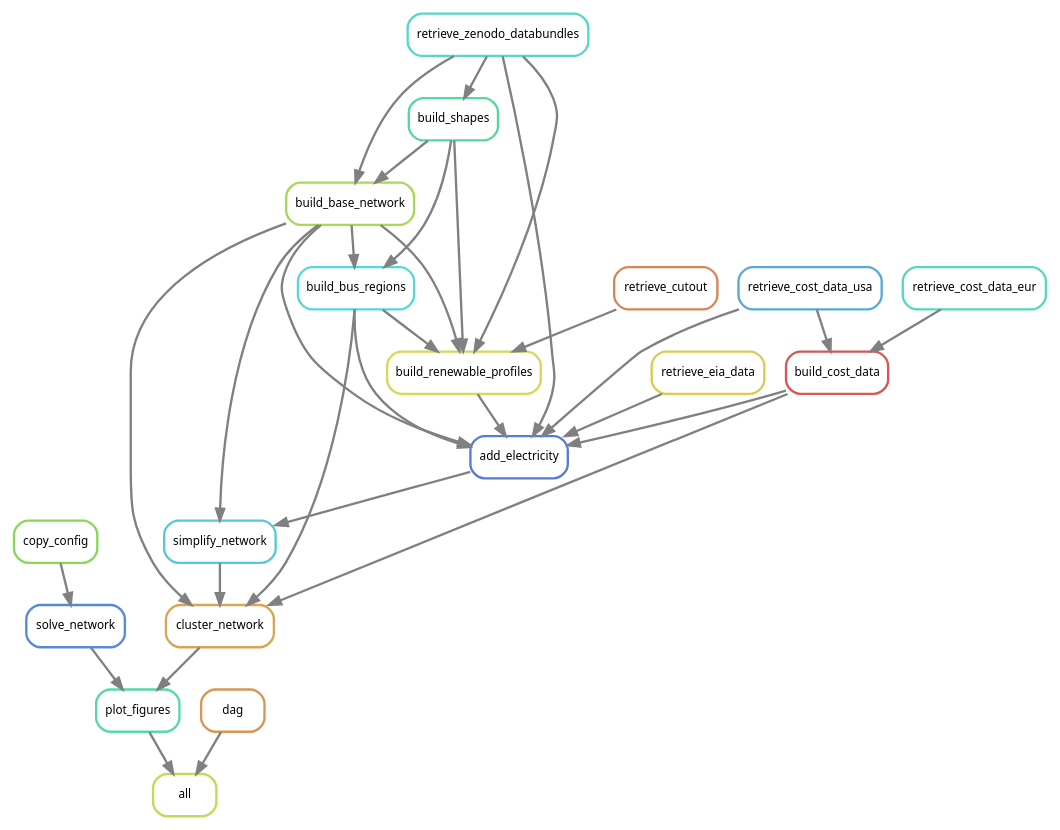
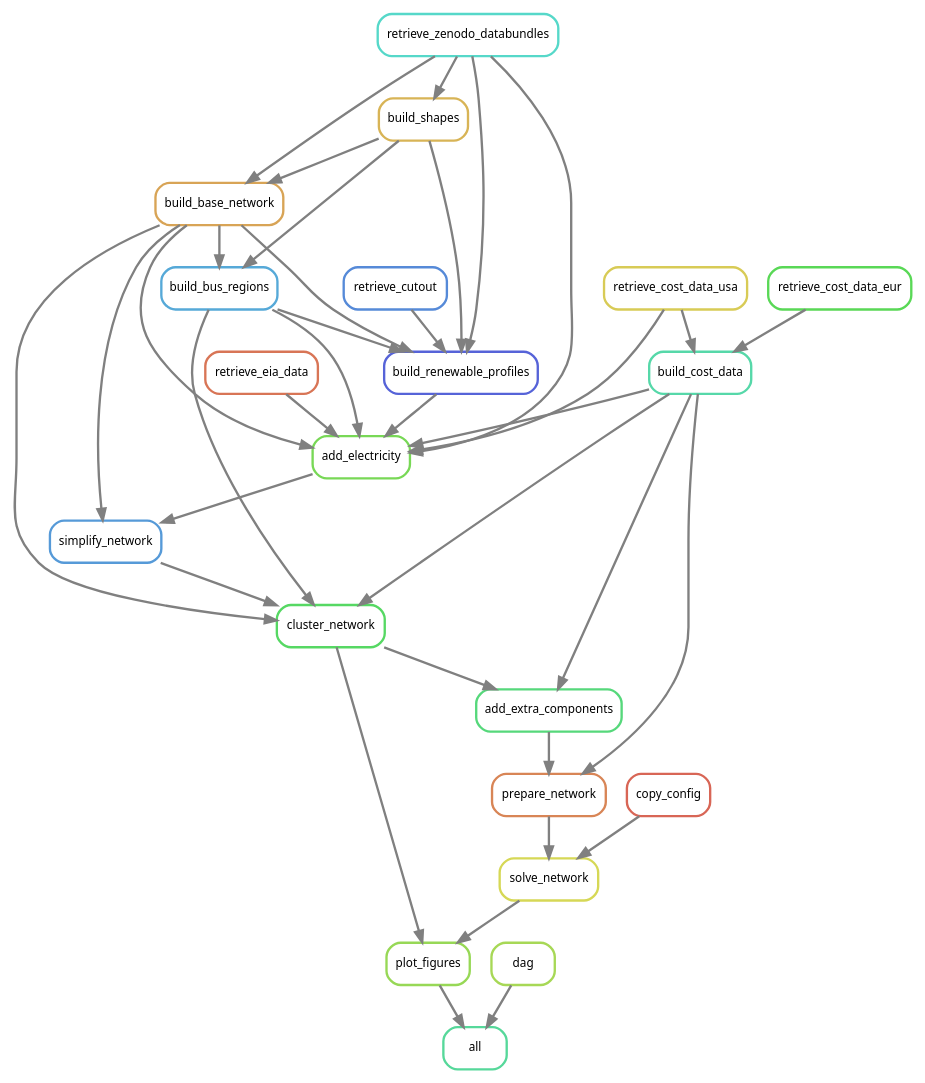
One commit to PyPSA/pypsa-usa changed the diagram in workflow/repo_data/dag.dot. Above: the diagram before and after it, drawn with Graphviz. The commit also changed 17 other files, not shown here.

Commit message:
Changes naming of floating osw. Fixes to gebco dataset to track water depth exclusions for fixed vs floating osw. updates retrievedata for gebco data. Changes the manual modify_network_osw.py to remove unnecc components.

```diff
--- a/workflow/repo_data/dag.dot
+++ b/workflow/repo_data/dag.dot
@@ -1,53 +1,60 @@
 digraph snakemake_dag {
     graph[bgcolor=white, margin=0];
     node[shape=box, style=rounded, fontname=sans,                 fontsize=10, penwidth=2];
     edge[penwidth=2, color=grey];
-	0[label = "all", color = "0.19 0.6 0.85", style="rounded"];
-	1[label = "plot_figures", color = "0.44 0.6 0.85", style="rounded"];
-	2[label = "solve_network", color = "0.60 0.6 0.85", style="rounded"];
-	3[label = "cluster_network", color = "0.10 0.6 0.85", style="rounded"];
-	4[label = "simplify_network", color = "0.52 0.6 0.85", style="rounded"];
-	5[label = "build_base_network", color = "0.23 0.6 0.85", style="rounded"];
-	6[label = "retrieve_zenodo_databundles", color = "0.48 0.6 0.85", style="rounded"];
-	7[label = "build_shapes", color = "0.42 0.6 0.85", style="rounded"];
-	8[label = "add_electricity", color = "0.62 0.6 0.85", style="rounded"];
-	9[label = "build_renewable_profiles", color = "0.17 0.6 0.85", style="rounded"];
-	10[label = "build_bus_regions", color = "0.50 0.6 0.85", style="rounded"];
-	11[label = "retrieve_cutout", color = "0.06 0.6 0.85", style="rounded"];
-	12[label = "build_cost_data", color = "0.00 0.6 0.85", style="rounded"];
-	13[label = "retrieve_cost_data_usa", color = "0.56 0.6 0.85", style="rounded"];
-	14[label = "retrieve_cost_data_eur", color = "0.46 0.6 0.85", style="rounded"];
-	15[label = "retrieve_eia_data", color = "0.15 0.6 0.85", style="rounded"];
-	16[label = "copy_config", color = "0.27 0.6 0.85", style="rounded"];
-	17[label = "dag", color = "0.08 0.6 0.85", style="rounded"];
-	17 -> 0
+	0[label = "all", color = "0.42 0.6 0.85", style="rounded"];
+	1[label = "plot_figures", color = "0.25 0.6 0.85", style="rounded"];
+	2[label = "solve_network", color = "0.17 0.6 0.85", style="rounded"];
+	3[label = "prepare_network", color = "0.06 0.6 0.85", style="rounded"];
+	4[label = "add_extra_components", color = "0.38 0.6 0.85", style="rounded"];
+	5[label = "cluster_network", color = "0.35 0.6 0.85", style="rounded"];
+	6[label = "simplify_network", color = "0.58 0.6 0.85", style="rounded"];
+	7[label = "build_base_network", color = "0.10 0.6 0.85", style="rounded"];
+	8[label = "retrieve_zenodo_databundles", color = "0.48 0.6 0.85", style="rounded"];
+	9[label = "build_shapes", color = "0.12 0.6 0.85", style="rounded"];
+	10[label = "add_electricity", color = "0.29 0.6 0.85", style="rounded"];
+	11[label = "build_renewable_profiles", color = "0.65 0.6 0.85", style="rounded"];
+	12[label = "build_bus_regions", color = "0.56 0.6 0.85", style="rounded"];
+	13[label = "retrieve_cutout", color = "0.60 0.6 0.85", style="rounded"];
+	14[label = "build_cost_data", color = "0.44 0.6 0.85", style="rounded"];
+	15[label = "retrieve_cost_data_usa", color = "0.15 0.6 0.85", style="rounded"];
+	16[label = "retrieve_cost_data_eur", color = "0.33 0.6 0.85", style="rounded"];
+	17[label = "retrieve_eia_data", color = "0.04 0.6 0.85", style="rounded"];
+	18[label = "copy_config", color = "0.02 0.6 0.85", style="rounded"];
+	19[label = "dag", color = "0.23 0.6 0.85", style="rounded"];
+	19 -> 0
 	1 -> 0
-	3 -> 1
+	5 -> 1
 	2 -> 1
-	16 -> 2
-	10 -> 3
+	3 -> 2
+	18 -> 2
+	14 -> 3
 	4 -> 3
-	12 -> 3
-	5 -> 3
-	8 -> 4
+	14 -> 4
 	5 -> 4
+	14 -> 5
 	7 -> 5
+	12 -> 5
 	6 -> 5
-	6 -> 7
-	10 -> 8
-	12 -> 8
-	15 -> 8
-	9 -> 8
-	13 -> 8
-	5 -> 8
-	6 -> 8
-	10 -> 9
-	11 -> 9
-	5 -> 9
-	7 -> 9
-	6 -> 9
+	7 -> 6
+	10 -> 6
+	8 -> 7
+	9 -> 7
+	8 -> 9
 	7 -> 10
-	5 -> 10
-	14 -> 12
-	13 -> 12
+	15 -> 10
+	8 -> 10
+	12 -> 10
+	14 -> 10
+	11 -> 10
+	17 -> 10
+	7 -> 11
+	9 -> 11
+	8 -> 11
+	12 -> 11
+	13 -> 11
+	7 -> 12
+	9 -> 12
+	16 -> 14
+	15 -> 14
 }            
```
